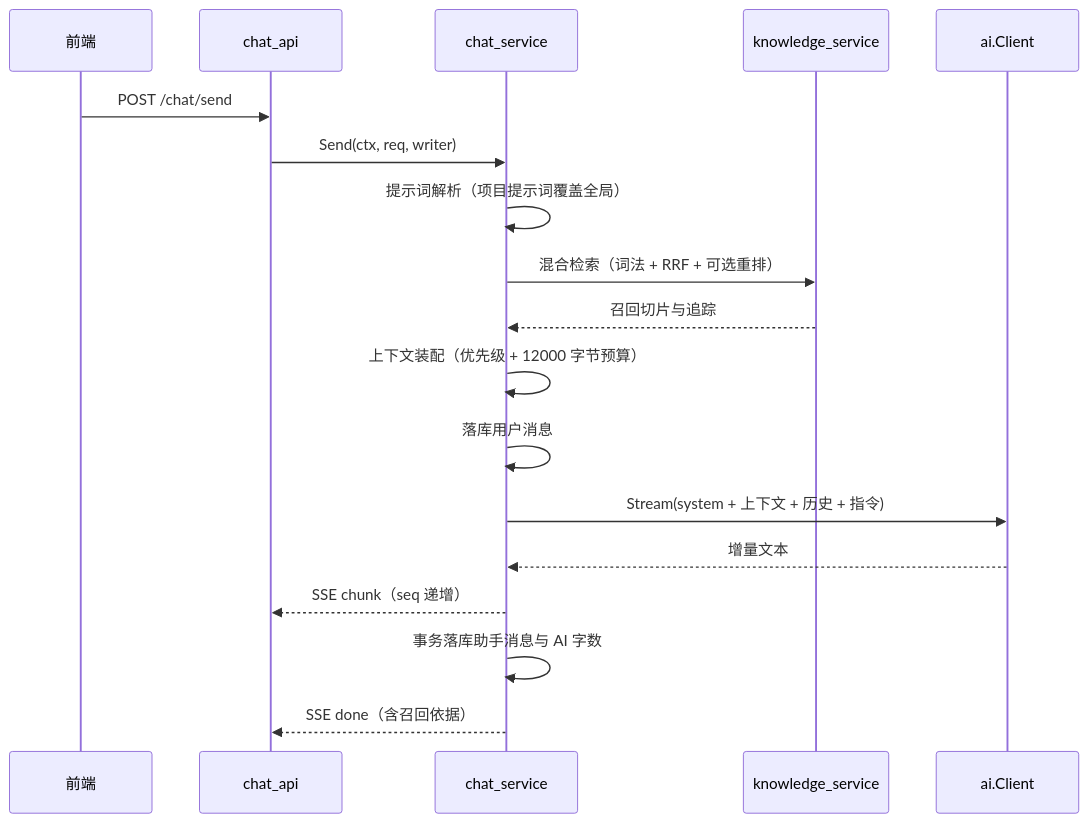
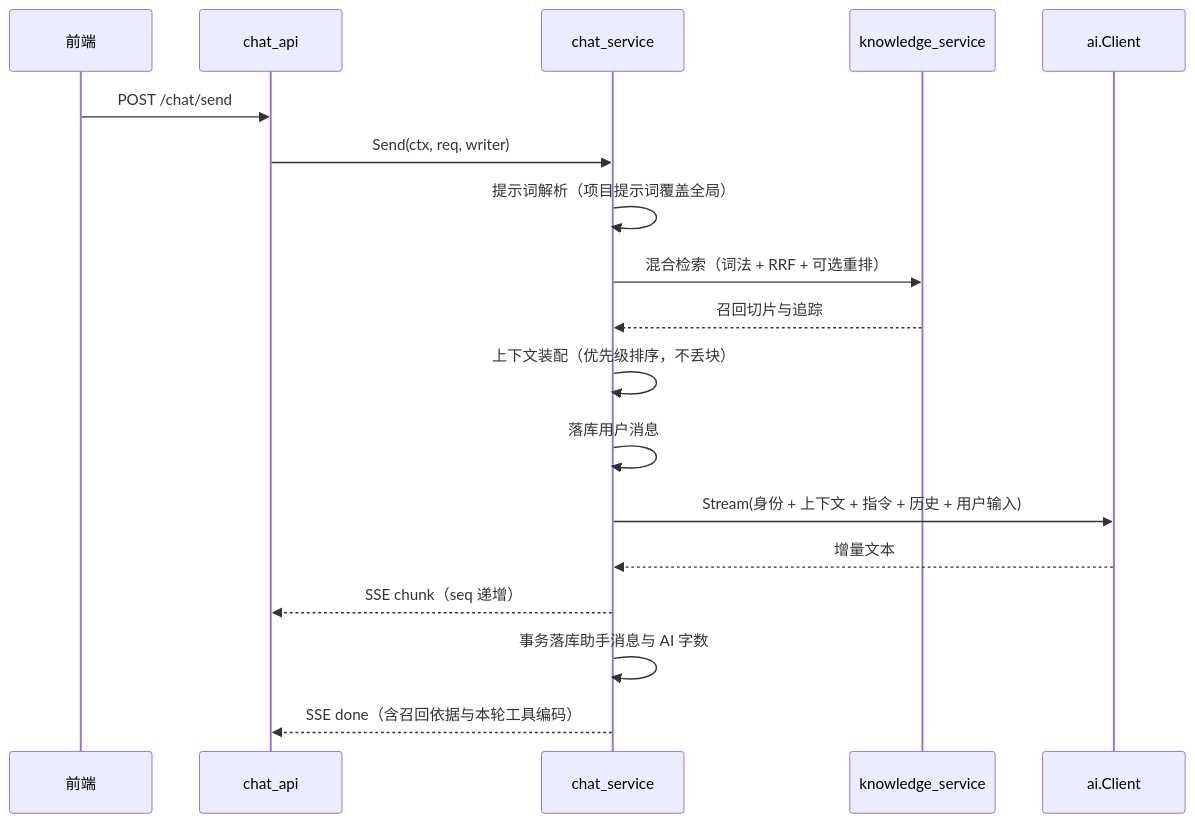
One commit to 2132691342/NovelWorkbench changed the second of 3 diagrams in doc/architecture.md. Above: the diagram before and after it, drawn with Mermaid. The commit also changed other lines of this file and 16 other files, not shown here.

````diff
--- a/doc/architecture.md
+++ b/doc/architecture.md
@@ -226,20 +226,20 @@
 ```mermaid
 sequenceDiagram
   participant FE as 前端
   participant API as chat_api
   participant SVC as chat_service
   participant RAG as knowledge_service
   participant AI as ai.Client
   FE->>API: POST /chat/send
   API->>SVC: Send(ctx, req, writer)
   SVC->>SVC: 提示词解析（项目提示词覆盖全局）
   SVC->>RAG: 混合检索（词法 + RRF + 可选重排）
   RAG-->>SVC: 召回切片与追踪
-  SVC->>SVC: 上下文装配（优先级 + 12000 字节预算）
+  SVC->>SVC: 上下文装配（优先级排序，不丢块）
   SVC->>SVC: 落库用户消息
-  SVC->>AI: Stream(system + 上下文 + 历史 + 指令)
+  SVC->>AI: Stream(身份 + 上下文 + 指令 + 历史 + 用户输入)
   AI-->>SVC: 增量文本
   SVC-->>API: SSE chunk（seq 递增）
   SVC->>SVC: 事务落库助手消息与 AI 字数
-  SVC-->>API: SSE done（含召回依据）
+  SVC-->>API: SSE done（含召回依据与本轮工具编码）
 ```
````
